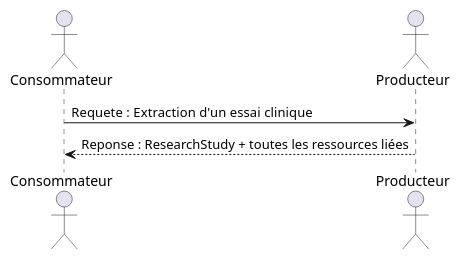
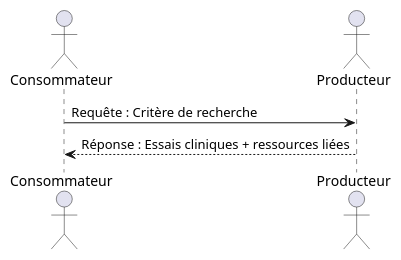
Before and after one commit to ansforge/essais-cliniques: the diagram in input/images-source/flux1.plantuml, drawn with PlantUML. The commit also changed other lines of this file and 2 other files, not shown here.

Commit message:
Mise à jour flux 1

```diff
--- a/input/images-source/flux1.plantuml
+++ b/input/images-source/flux1.plantuml
@@ -8,6 +1,6 @@
-@startuml flux1_2
+@startuml flux1
 actor Consommateur
 actor Producteur
-Consommateur -> Producteur: Requete : Extraction  d'un essai clinique
-Producteur --> Consommateur: Reponse : ResearchStudy + toutes les ressources liées
+Consommateur -> Producteur: Requête : Critère de recherche
+Producteur --> Consommateur: Réponse : Essais cliniques + ressources liées
 @enduml
```
